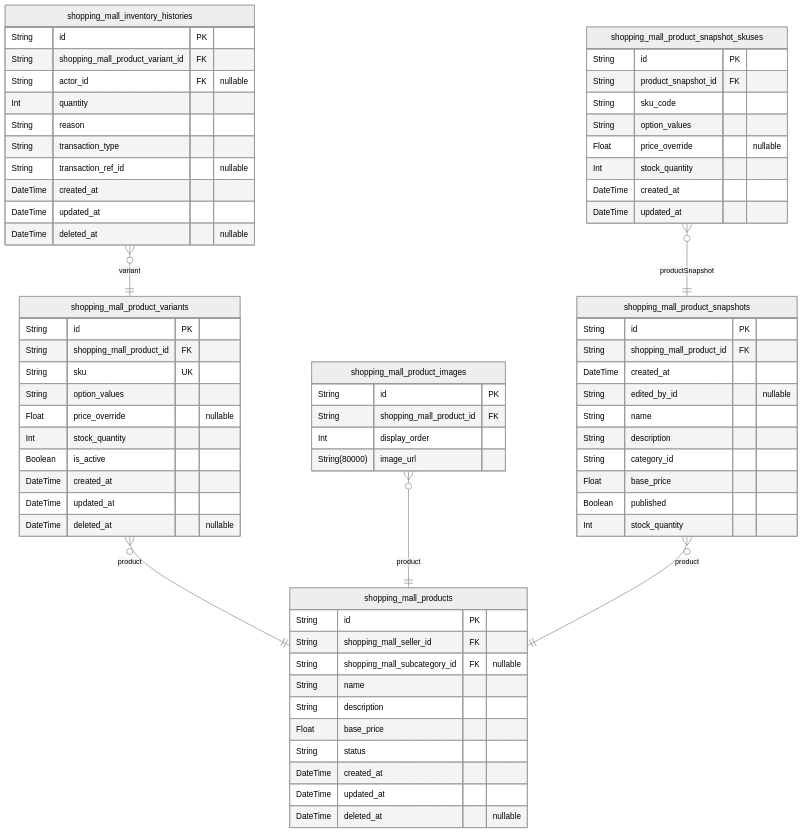
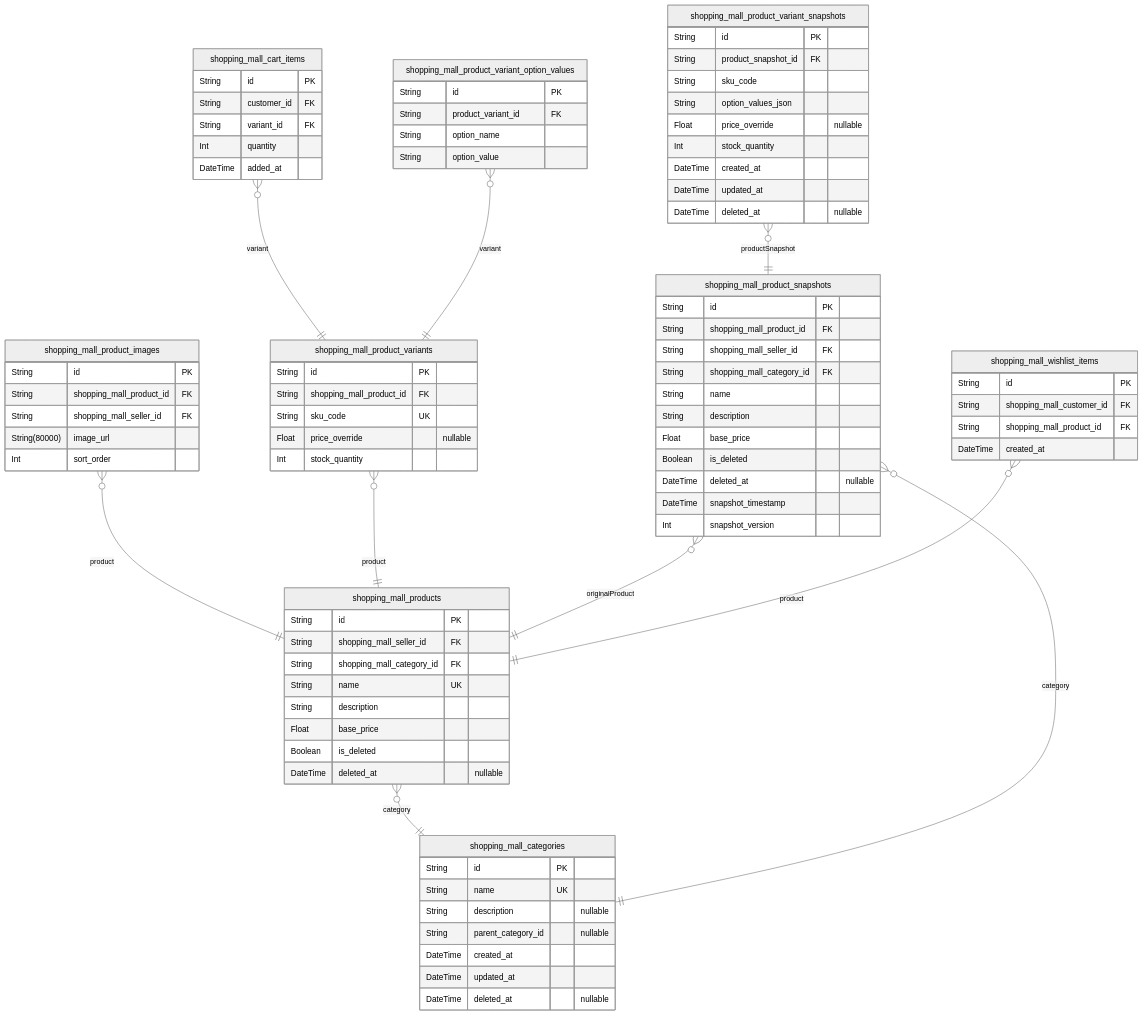
The fifth of 9 diagrams in qwen/qwen3-coder-next/shopping/docs/ERD.md (wrtnlabs/autobe-examples), drawn with Mermaid (neutral theme) before and after one commit. The commit also changed other lines of this file and 25939 other files, not shown here.

````diff
--- a/qwen/qwen3-coder-next/shopping/docs/ERD.md
+++ b/qwen/qwen3-coder-next/shopping/docs/ERD.md
@@ -906,70 +1409,86 @@
 "shopping_mall_products" {
   String id PK
   String shopping_mall_seller_id FK
-  String shopping_mall_subcategory_id FK "nullable"
-  String name
+  String shopping_mall_category_id FK
+  String name UK
   String description
   Float base_price
-  String status
-  DateTime created_at
-  DateTime updated_at
-  DateTime deleted_at "nullable"
-}
-"shopping_mall_product_variants" {
-  String id PK
-  String shopping_mall_product_id FK
-  String sku UK
-  String option_values
-  Float price_override "nullable"
-  Int stock_quantity
-  Boolean is_active
-  DateTime created_at
-  DateTime updated_at
+  Boolean is_deleted
   DateTime deleted_at "nullable"
 }
 "shopping_mall_product_images" {
   String id PK
   String shopping_mall_product_id FK
-  Int display_order
+  String shopping_mall_seller_id FK
   String(80000) image_url
+  Int sort_order
+}
+"shopping_mall_product_variants" {
+  String id PK
+  String shopping_mall_product_id FK
+  String sku_code UK
+  Float price_override "nullable"
+  Int stock_quantity
 }
 "shopping_mall_product_snapshots" {
   String id PK
   String shopping_mall_product_id FK
-  DateTime created_at
-  String edited_by_id "nullable"
+  String shopping_mall_seller_id FK
+  String shopping_mall_category_id FK
   String name
   String description
-  String category_id
   Float base_price
-  Boolean published
-  Int stock_quantity
+  Boolean is_deleted
+  DateTime deleted_at "nullable"
+  DateTime snapshot_timestamp
+  Int snapshot_version
 }
-"shopping_mall_product_snapshot_skuses" {
+"shopping_mall_product_variant_snapshots" {
   String id PK
   String product_snapshot_id FK
   String sku_code
-  String option_values
+  String option_values_json
   Float price_override "nullable"
   Int stock_quantity
   DateTime created_at
   DateTime updated_at
+  DateTime deleted_at "nullable"
 }
-"shopping_mall_inventory_histories" {
+"shopping_mall_categories" {
   String id PK
-  String shopping_mall_product_variant_id FK
-  String actor_id FK "nullable"
-  Int quantity
-  String reason
-  String transaction_type
-  String transaction_ref_id "nullable"
+  String name UK
+  String description "nullable"
+  String parent_category_id "nullable"
   DateTime created_at
   DateTime updated_at
   DateTime deleted_at "nullable"
 }
+"shopping_mall_cart_items" {
+  String id PK
+  String customer_id FK
+  String variant_id FK
+  Int quantity
+  DateTime added_at
+}
+"shopping_mall_wishlist_items" {
+  String id PK
+  String shopping_mall_customer_id FK
+  String shopping_mall_product_id FK
+  DateTime created_at
+}
+"shopping_mall_product_variant_option_values" {
+  String id PK
+  String product_variant_id FK
+  String option_name
+  String option_value
+}
+"shopping_mall_products" }o--|| "shopping_mall_categories" : category
+"shopping_mall_product_images" }o--|| "shopping_mall_products" : product
 "shopping_mall_product_variants" }o--|| "shopping_mall_products" : product
-"shopping_mall_product_images" }o--|| "shopping_mall_products" : product
-"shopping_mall_product_snapshots" }o--|| "shopping_mall_products" : product
-"shopping_mall_product_snapshot_skuses" }o--|| "shopping_mall_product_snapshots" : productSnapshot
-"shopping_mall_inventory_histories" }o--|| "shopping_mall_product_variants" : variant
+"shopping_mall_product_snapshots" }o--|| "shopping_mall_products" : originalProduct
+"shopping_mall_product_snapshots" }o--|| "shopping_mall_categories" : category
+"shopping_mall_product_variant_snapshots" }o--|| "shopping_mall_product_snapshots" : productSnapshot
+"shopping_mall_cart_items" }o--|| "shopping_mall_product_variants" : variant
+"shopping_mall_wishlist_items" }o--|| "shopping_mall_products" : product
+"shopping_mall_product_variant_option_values" }o--|| "shopping_mall_product_variants" : variant
 ```
````
